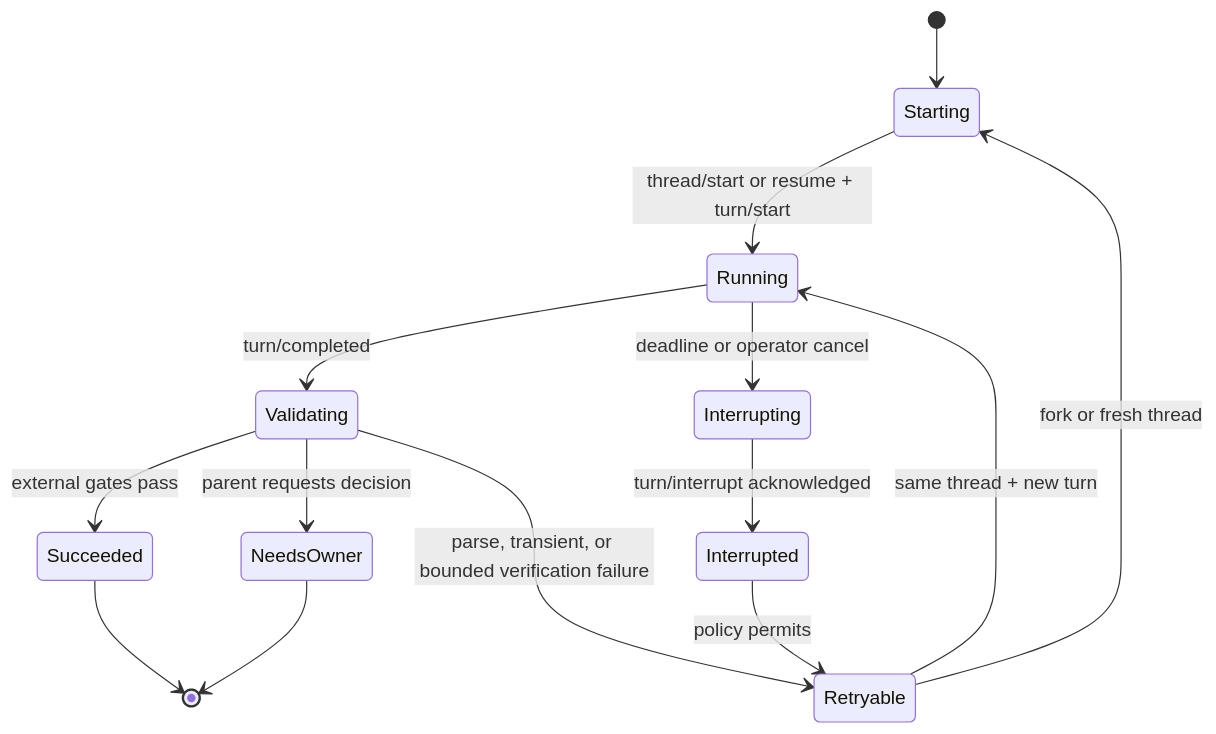
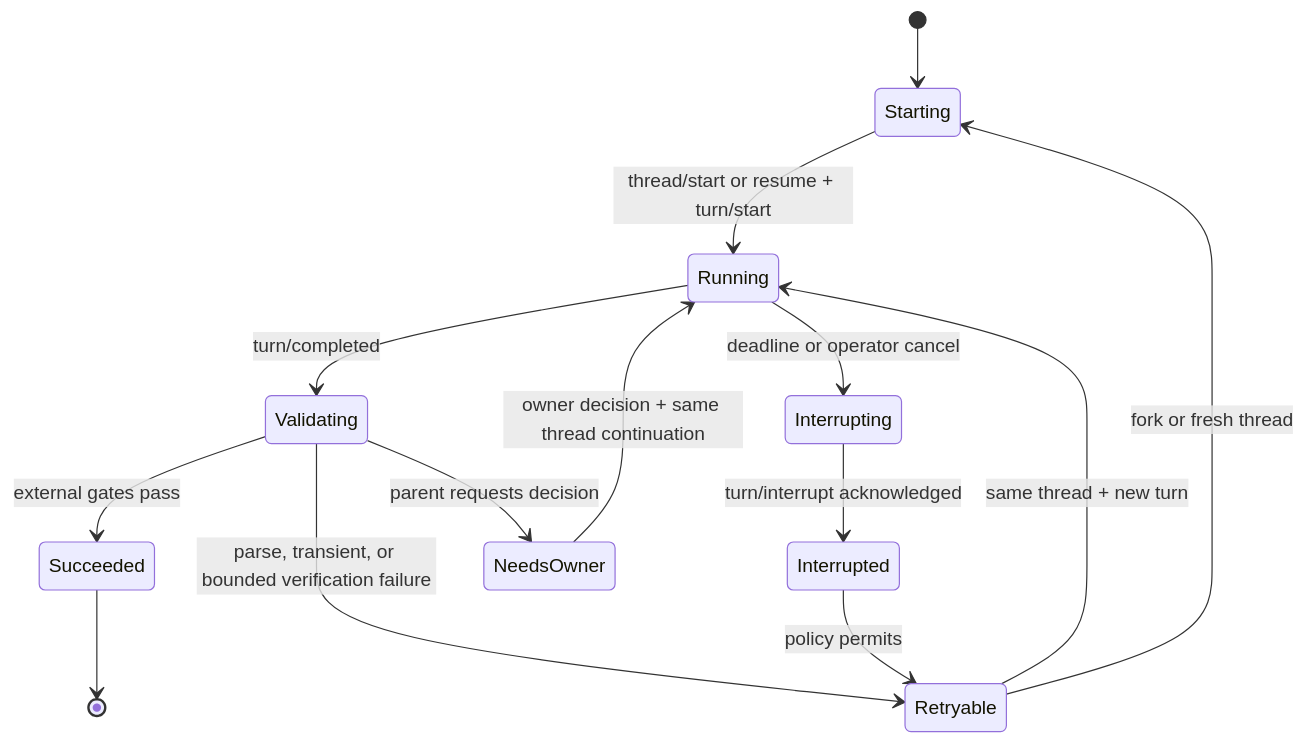
One commit to fangxiao-dev/agent-workbench changed the third of 3 diagrams in skills/codex-harness/assets/codex-harness-poc-design.md. Above: the diagram before and after it, drawn with Mermaid. The commit also changed other lines of this file and 12 other files, not shown here.

````diff
--- a/skills/codex-harness/assets/codex-harness-poc-design.md
+++ b/skills/codex-harness/assets/codex-harness-poc-design.md
@@ -202,16 +208,16 @@
 ```mermaid
 stateDiagram-v2
     [*] --> Starting
     Starting --> Running: thread/start or resume + turn/start
     Running --> Validating: turn/completed
     Running --> Interrupting: deadline or operator cancel
     Interrupting --> Interrupted: turn/interrupt acknowledged
     Validating --> Succeeded: external gates pass
     Validating --> NeedsOwner: parent requests decision
     Validating --> Retryable: parse, transient, or bounded verification failure
     Retryable --> Running: same thread + new turn
     Retryable --> Starting: fork or fresh thread
     Interrupted --> Retryable: policy permits
     Succeeded --> [*]
-    NeedsOwner --> [*]
+    NeedsOwner --> Running: owner decision + same thread continuation
 ```
````
